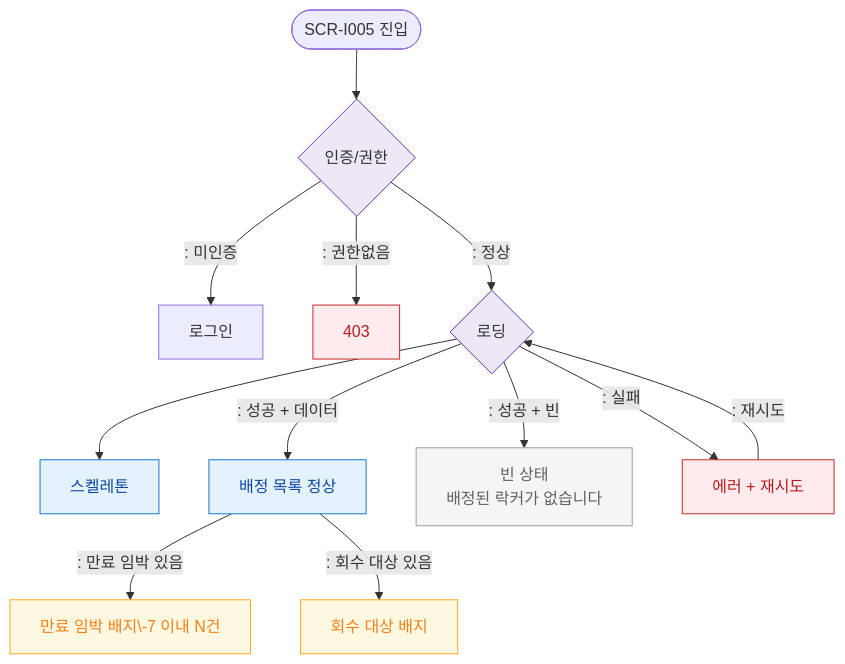
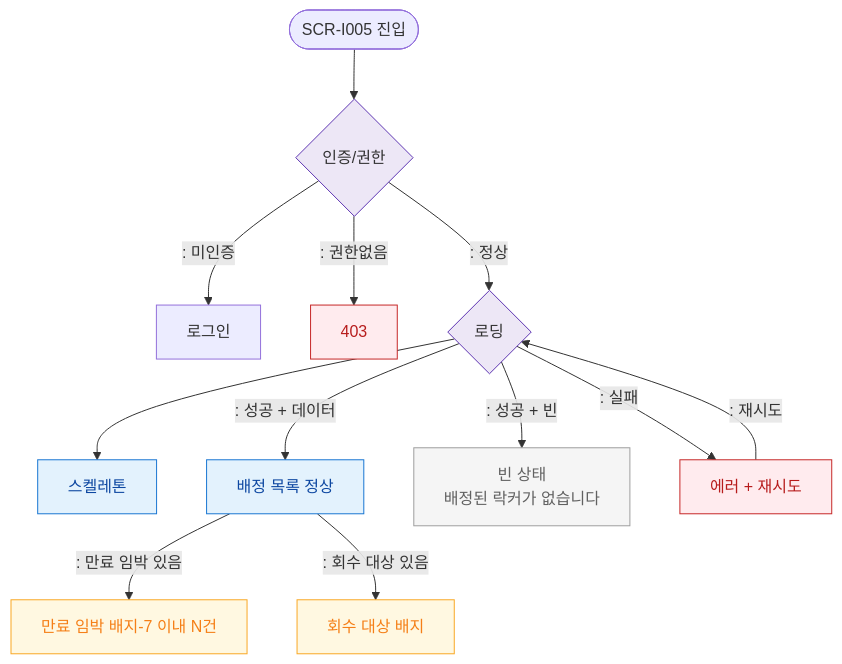
Before and after one commit to dev-spogym/admin-pando: the diagram in docs/admin/다이어그램/D11_통합운영/SCR-I005_고정물품락커관리/F6_상태별.md, drawn with Mermaid. The commit also changed 369 other files, not shown here.

````diff
--- a/docs/admin/다이어그램/D11_통합운영/SCR-I005_고정물품락커관리/F6_상태별.md
+++ b/docs/admin/다이어그램/D11_통합운영/SCR-I005_고정물품락커관리/F6_상태별.md
@@ -14,27 +14,27 @@
 ```mermaid
 flowchart TD
     ENTER([SCR-I005 진입]) --> AUTH{인증/권한}
     AUTH -->|": 미인증"|LOGIN[로그인]
     AUTH -->|": 권한없음"|FORBIDDEN[403]
     AUTH -->|": 정상"|LOADING{로딩}
 
     LOADING --> STATE_LOADING[스켈레톤]
     LOADING -->|": 성공 + 데이터"|STATE_NORMAL[배정 목록 정상]
     LOADING -->|": 성공 + 빈"|STATE_EMPTY[빈 상태\n배정된 락커가 없습니다]
     LOADING -->|": 실패"|STATE_ERROR[에러 + 재시도]
 
-    STATE_NORMAL -->|": 만료 임박 있음"|BADGE_EXPIRE[만료 임박 배지\-7 이내 N건]
+    STATE_NORMAL -->|": 만료 임박 있음"|BADGE_EXPIRE[만료 임박 배지-7 이내 N건]
     STATE_NORMAL -->|": 회수 대상 있음"|BADGE_RECLAIM[회수 대상 배지]
     STATE_ERROR -->|": 재시도"|LOADING
 
     classDef screen fill:#E3F2FD,stroke:#1976D2,color:#0D47A1
     classDef error fill:#FFEBEE,stroke:#C62828,color:#B71C1C
     classDef warning fill:#FFF8E1,stroke:#F9A825,color:#F57F17
     classDef system fill:#EDE7F6,stroke:#5E35B2
     classDef rbacBlocked fill:#F5F5F5,stroke:#9E9E9E,color:#616161
     class STATE_NORMAL,STATE_LOADING screen
     class STATE_ERROR,FORBIDDEN error
     class BADGE_EXPIRE,BADGE_RECLAIM warning
     class STATE_EMPTY rbacBlocked
     class AUTH,LOADING system
 ```
````
